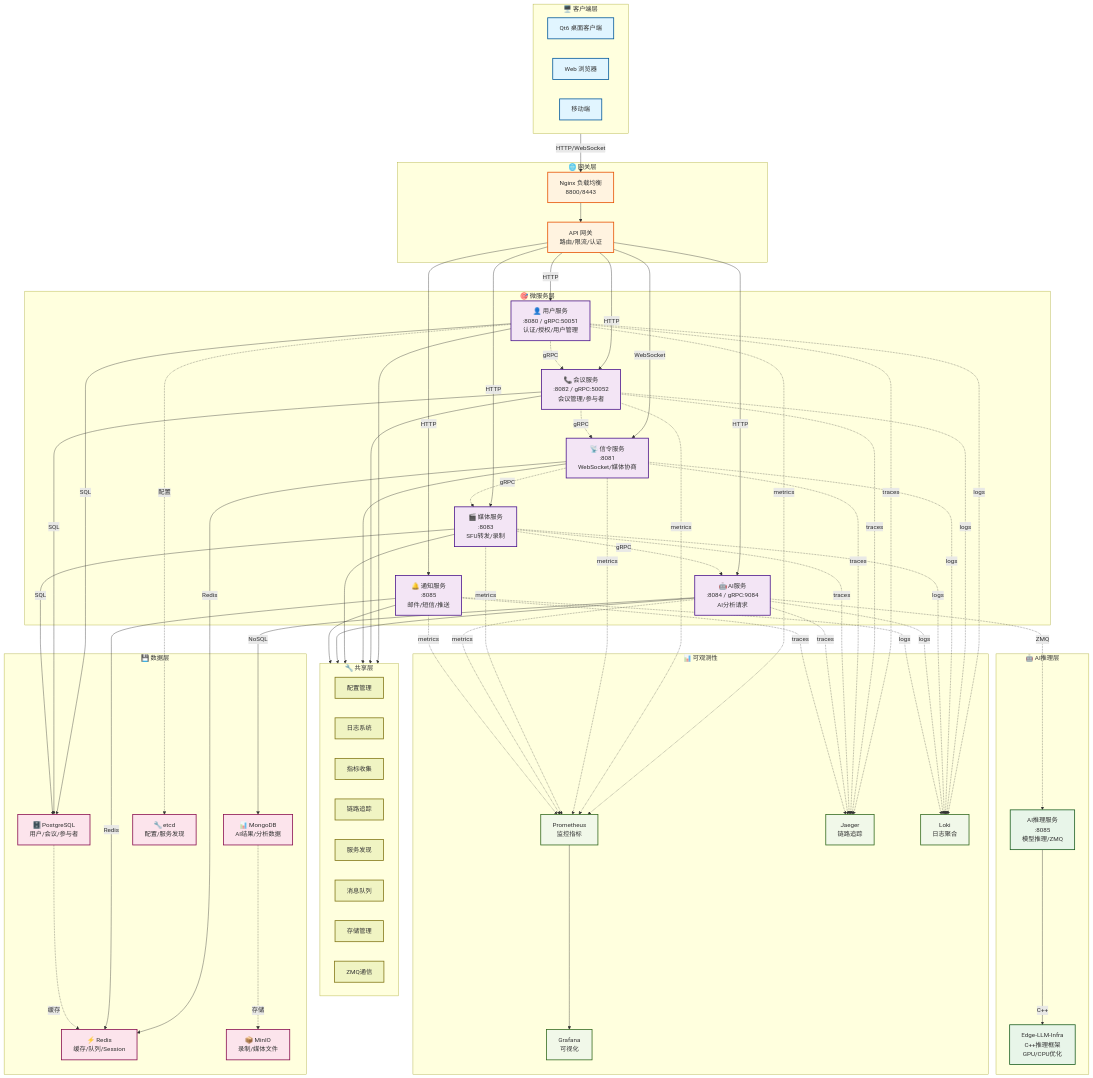
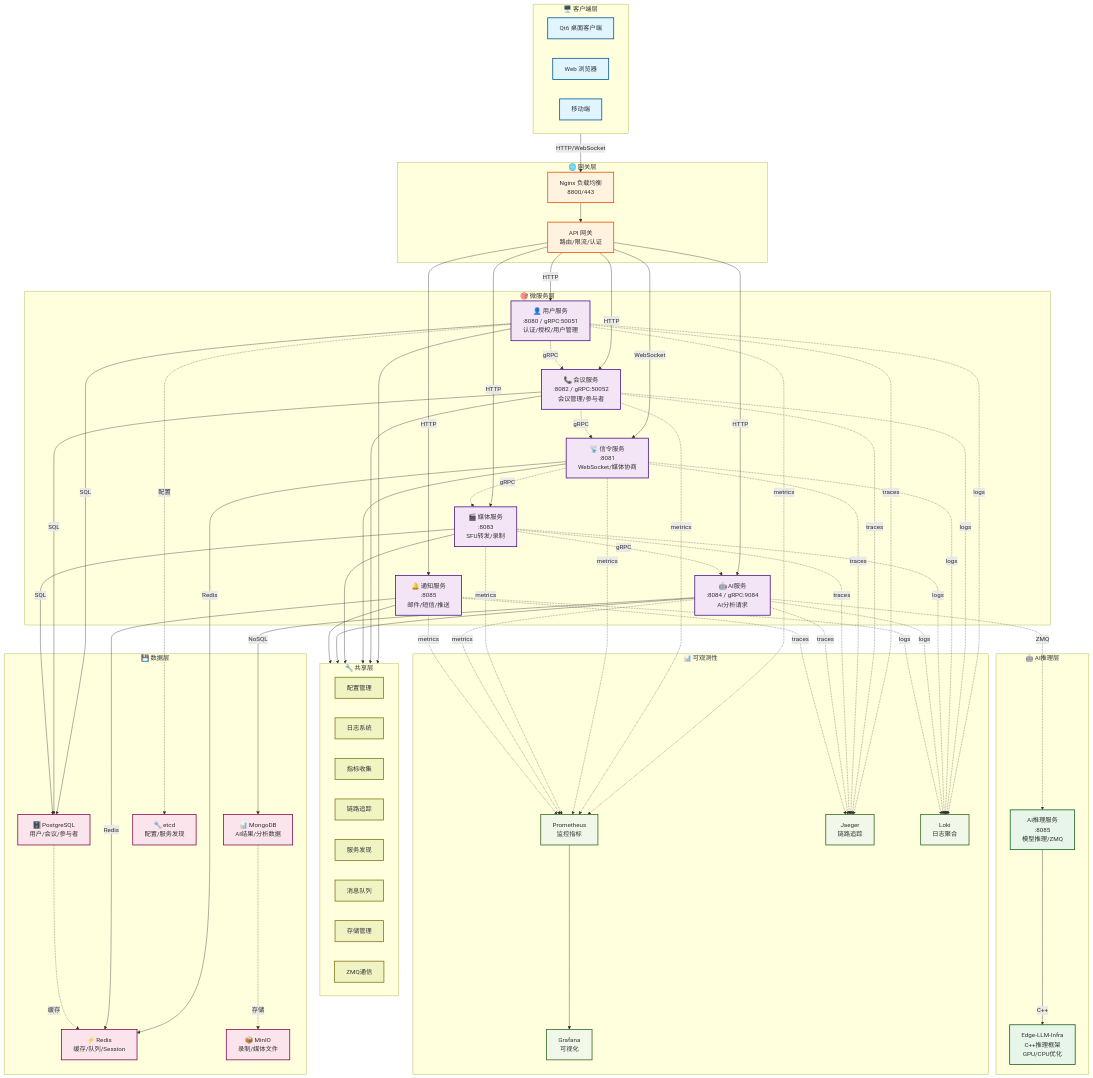
Before and after one commit to gugugu5331/VideoCall-System: the diagram in meeting-system/README.md, drawn with Mermaid. The commit also changed 9424 other files, not shown here.

```diff
--- a/meeting-system/README.md
+++ b/meeting-system/README.md
@@ -41,7 +41,7 @@
     end
 
     subgraph Gateway["🌐 网关层"]
-        Nginx["Nginx 负载均衡<br/>8800/8443"]
+        Nginx["Nginx 负载均衡<br/>8800/443"]
         APIGateway["API 网关<br/>路由/限流/认证"]
     end
 
```
